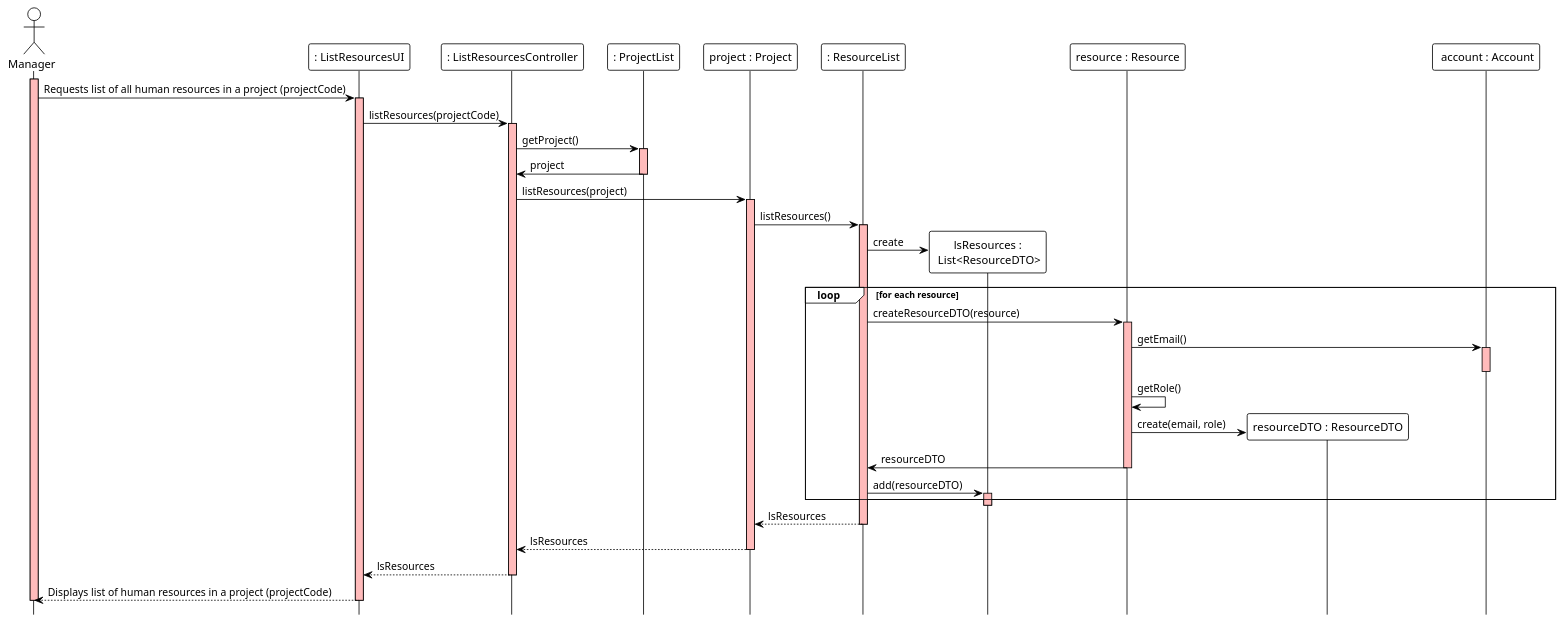
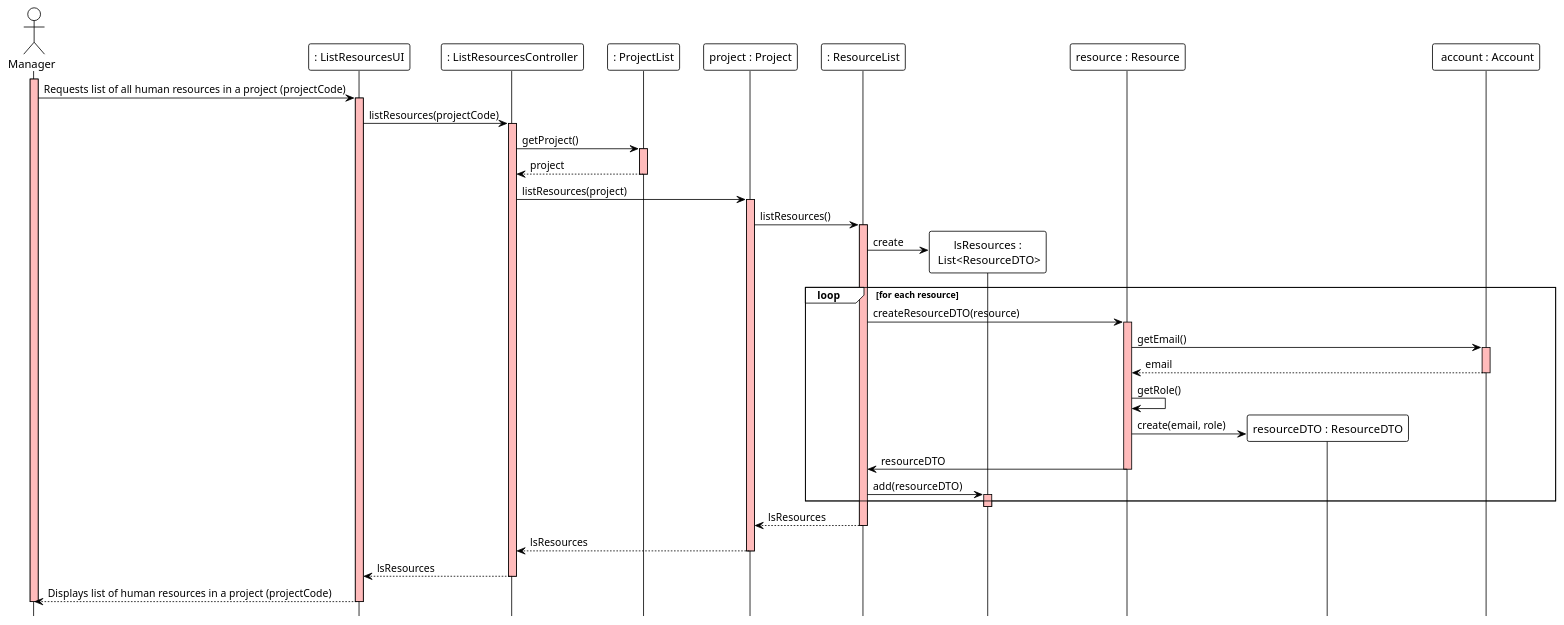
The diagram in docs/modelling_design/user_stories/us014/US014_ListHumanResouresOfProjectSD.puml (ivo-menezes/project_g3), drawn with PlantUML before and after one commit. The commit also changed 1 other file, not shown here.

Commit message:
US014: Design & Implementation: updated SD and ListResourcesController

```diff
--- a/docs/modelling_design/user_stories/us014/US014_ListHumanResouresOfProjectSD.puml
+++ b/docs/modelling_design/user_stories/us014/US014_ListHumanResouresOfProjectSD.puml
@@ -1,62 +1,64 @@
 @startuml
 !theme plain
 hide footbox
 
 actor Manager as Manager
 participant ": ListResourcesUI" as UI
 participant ": ListResourcesController" as Controller
 participant ": ProjectList" as ProjectList
 participant "project : Project" as project
 participant ": ResourceList" as ResourceList
 participant "lsResources :\n List<ResourceDTO>" as DTOList
 participant "resource : Resource" as Resource
 participant "resourceDTO : ResourceDTO" as DTO
 participant " account : Account" as account
 
 activate Manager #FFBBBB
 Manager ->  UI: Requests list of all human resources in a project (projectCode)
 
 activate UI #FFBBBB
 UI -> Controller: listResources(projectCode)
 
 activate Controller #FFBBBB
 Controller -> ProjectList: getProject()
 activate ProjectList #FFBBBB
-ProjectList -> Controller : project
+ProjectList --> Controller : project
 deactivate ProjectList
 
 Controller -> project : listResources(project)
 activate project #FFBBBB
 project -> ResourceList : listResources()
 activate ResourceList #FFBBBB
 ResourceList -> DTOList ** : create
 
 loop for each resource
 ResourceList -> Resource : createResourceDTO(resource)
 activate Resource #FFBBBB
 Resource -> account : getEmail()
 activate account #FFBBBB
+account --> Resource : email
+
 deactivate account
 Resource -> Resource : getRole()
 Resource -> DTO ** : create(email, role)
 Resource -> ResourceList : resourceDTO
 deactivate Resource
 
 ResourceList -> DTOList : add(resourceDTO)
 activate DTOList #FFBBBB
 
 end
 
 deactivate DTOList
 ResourceList --> project : lsResources
 deactivate ResourceList
 project --> Controller : lsResources
 deactivate project
 
 Controller --> UI : lsResources
 deactivate Controller
 
 UI --> Manager: Displays list of human resources in a project (projectCode)
 deactivate UI
 deactivate Manager #FFBBBB
 @enduml
```
